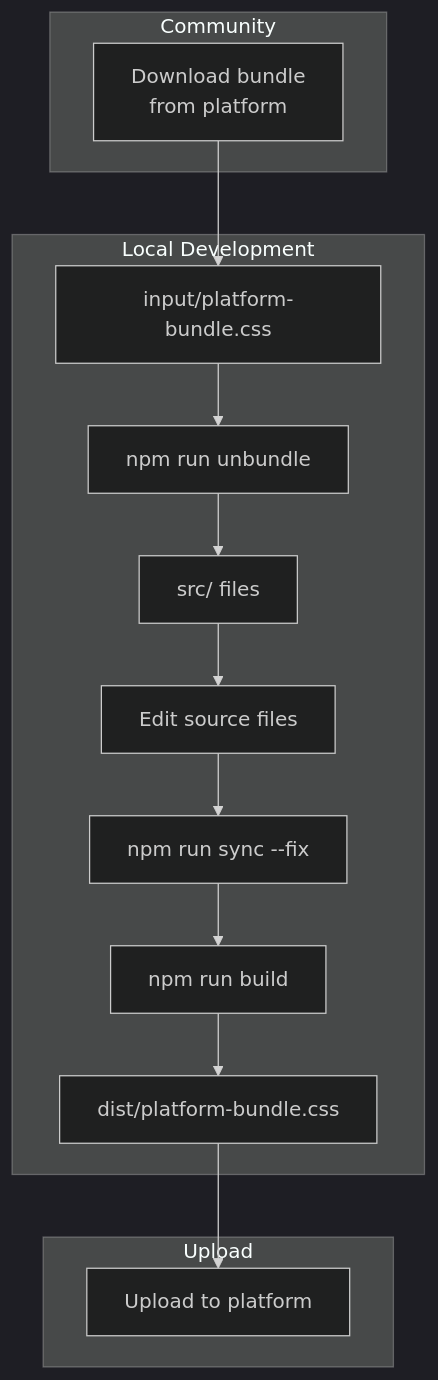
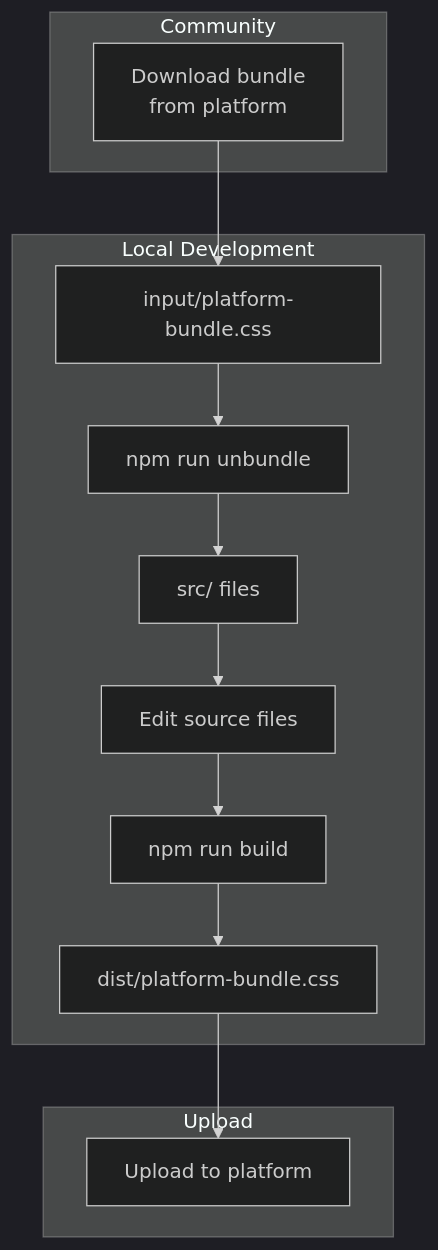
The third of 3 diagrams in README.md (gs-pshchegolev/custom-css), drawn with Mermaid (dark theme) before and after one commit. The commit also changed other lines of this file and 10 other files, not shown here.

````diff
--- a/README.md
+++ b/README.md
@@ -110,29 +104,27 @@
 ```mermaid
 flowchart TD
     subgraph Community
         download[Download bundle<br/>from platform]
     end
     
     subgraph Local[Local Development]
         input[input/platform-bundle.css]
         unbundle[npm run unbundle]
         src[src/ files]
         edit[Edit source files]
-        sync[npm run sync --fix]
         build[npm run build]
         output[dist/platform-bundle.css]
     end
     
     subgraph Upload
         upload[Upload to platform]
     end
     
     download --> input
     input --> unbundle
     unbundle --> src
     src --> edit
-    edit --> sync
-    sync --> build
+    edit --> build
     build --> output
     output --> upload
 ```
````
